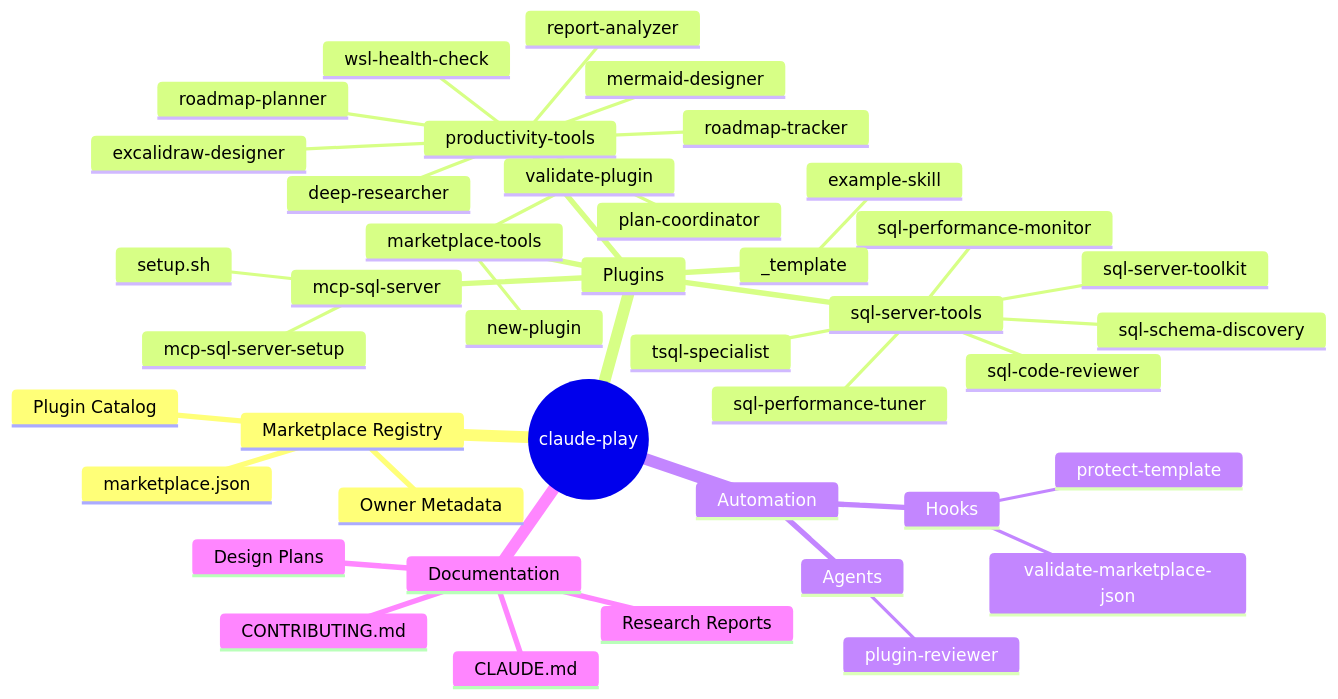
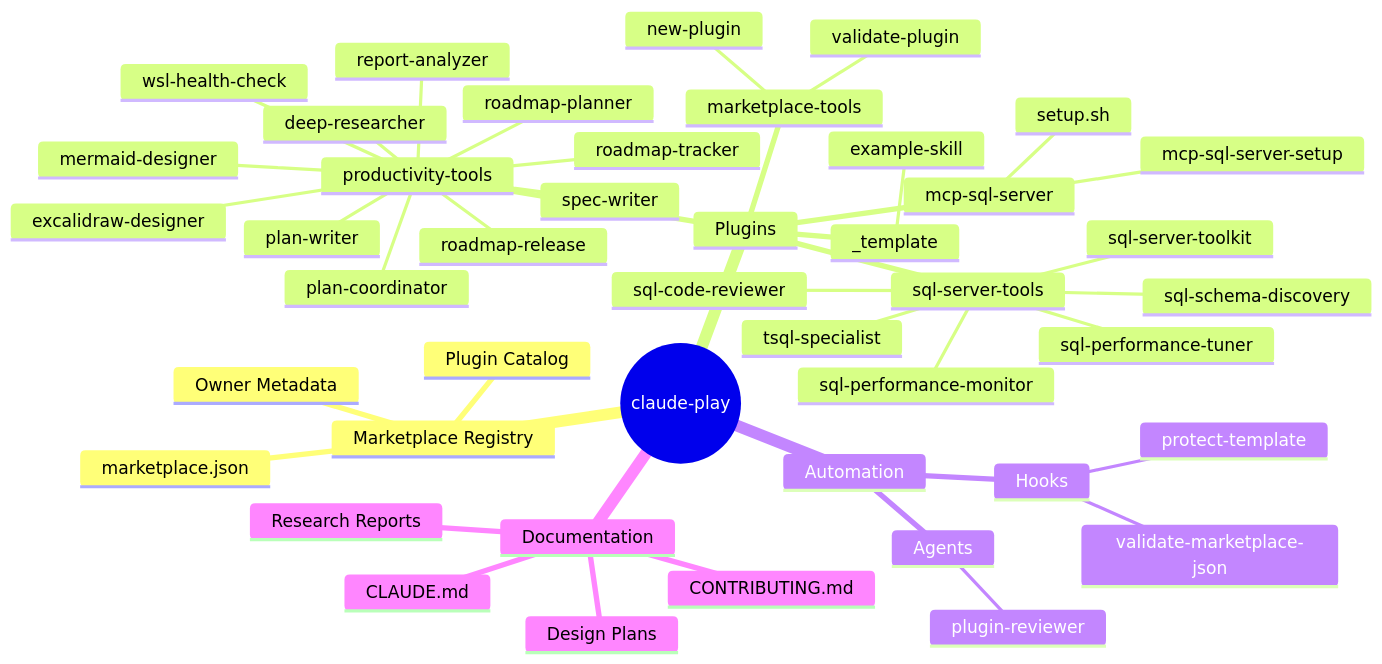
Before and after one commit to odeciojunior/claude-play: the first of 5 diagrams in docs/diagrams/repo-architecture.md, drawn with Mermaid. The commit also changed other lines of this file and 1 other file, not shown here.

Commit message:
docs(diagrams): productivity-tools shows 11 skills, 7 agents and 2 workflows

````diff
--- a/docs/diagrams/repo-architecture.md
+++ b/docs/diagrams/repo-architecture.md
@@ -5,44 +5,47 @@
 ```mermaid
 mindmap
   root((claude-play))
     Marketplace Registry
       marketplace.json
       Plugin Catalog
       Owner Metadata
     Plugins
       productivity-tools
         deep-researcher
         report-analyzer
         roadmap-planner
         roadmap-tracker
+        spec-writer
+        plan-writer
+        roadmap-release
         plan-coordinator
         mermaid-designer
         excalidraw-designer
         wsl-health-check
       marketplace-tools
         new-plugin
         validate-plugin
       sql-server-tools
         sql-performance-monitor
         sql-schema-discovery
         sql-performance-tuner
         tsql-specialist
         sql-code-reviewer
         sql-server-toolkit
       mcp-sql-server
         mcp-sql-server-setup
         setup.sh
       _template
         example-skill
     Automation
       Hooks
         protect-template
         validate-marketplace-json
       Agents
         plugin-reviewer
     Documentation
       CLAUDE.md
       CONTRIBUTING.md
       Design Plans
       Research Reports
 ```
````
